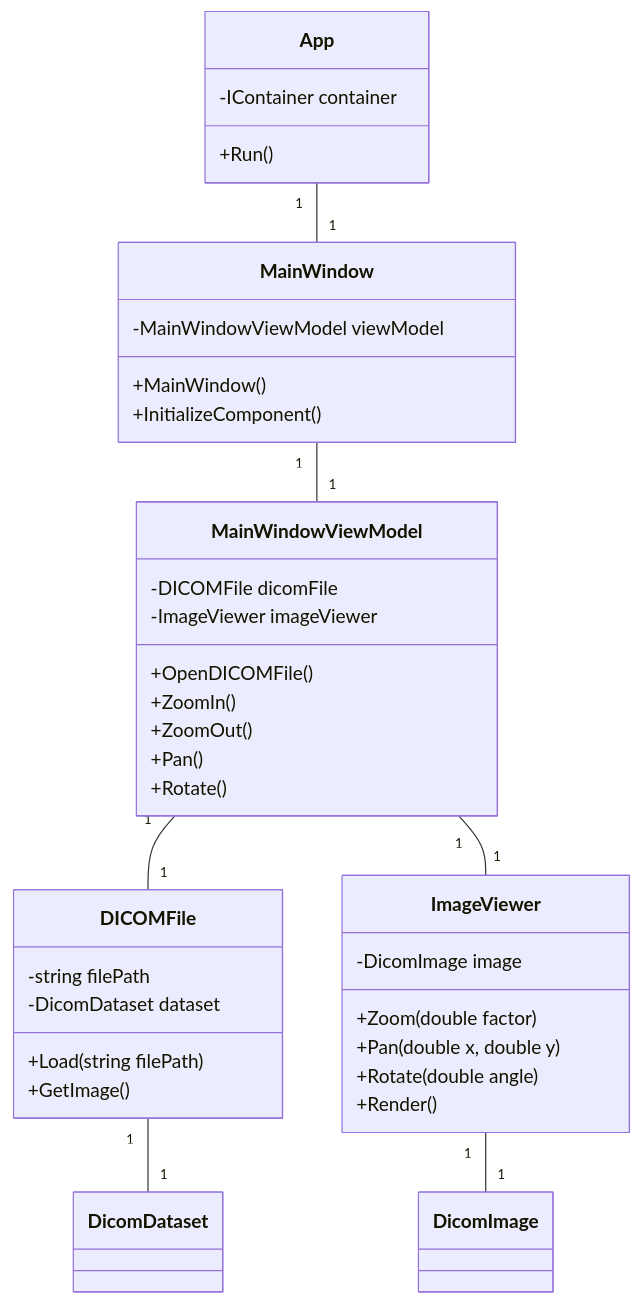
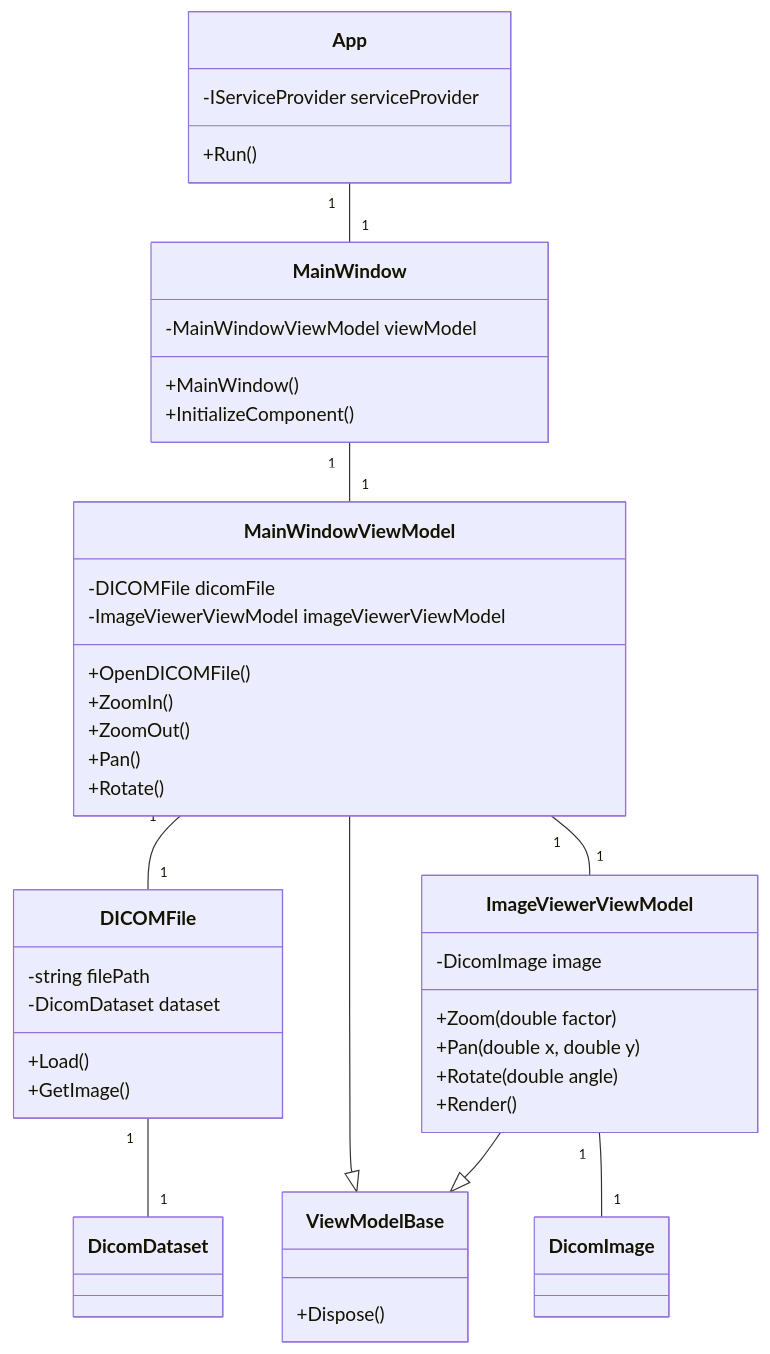
The first of 5 diagrams in projects/WpfApp/README.md (inden-t/DicomApp), drawn with Mermaid before and after one commit. The commit also changed other lines of this file, not shown here.

````diff
--- a/projects/WpfApp/README.md
+++ b/projects/WpfApp/README.md
@@ -32,45 +32,51 @@
 ```mermaid
 classDiagram
     class App {
-        -IContainer container
+        -IServiceProvider serviceProvider
         +Run()
     }
     
     class MainWindow {
         -MainWindowViewModel viewModel
         +MainWindow()
         +InitializeComponent()
     }
     
     class MainWindowViewModel {
         -DICOMFile dicomFile
-        -ImageViewer imageViewer
+        -ImageViewerViewModel imageViewerViewModel
         +OpenDICOMFile()
         +ZoomIn()
         +ZoomOut()
         +Pan()
         +Rotate()
     }
     
     class DICOMFile {
         -string filePath
         -DicomDataset dataset
-        +Load(string filePath)
+        +Load()
         +GetImage()
     }
     
-    class ImageViewer {
+    class ImageViewerViewModel {
         -DicomImage image
         +Zoom(double factor)
         +Pan(double x, double y)
         +Rotate(double angle)
         +Render()
     }
+
+    class ViewModelBase {
+        +Dispose()
+    }
     
     App "1" -- "1" MainWindow
     MainWindow "1" -- "1" MainWindowViewModel
     MainWindowViewModel "1" -- "1" DICOMFile
-    MainWindowViewModel "1" -- "1" ImageViewer
+    MainWindowViewModel "1" -- "1" ImageViewerViewModel
+    MainWindowViewModel --|> ViewModelBase
+    ImageViewerViewModel --|> ViewModelBase
     DICOMFile "1" -- "1" DicomDataset
-    ImageViewer "1" -- "1" DicomImage
+    ImageViewerViewModel "1" -- "1" DicomImage
 ```
````
